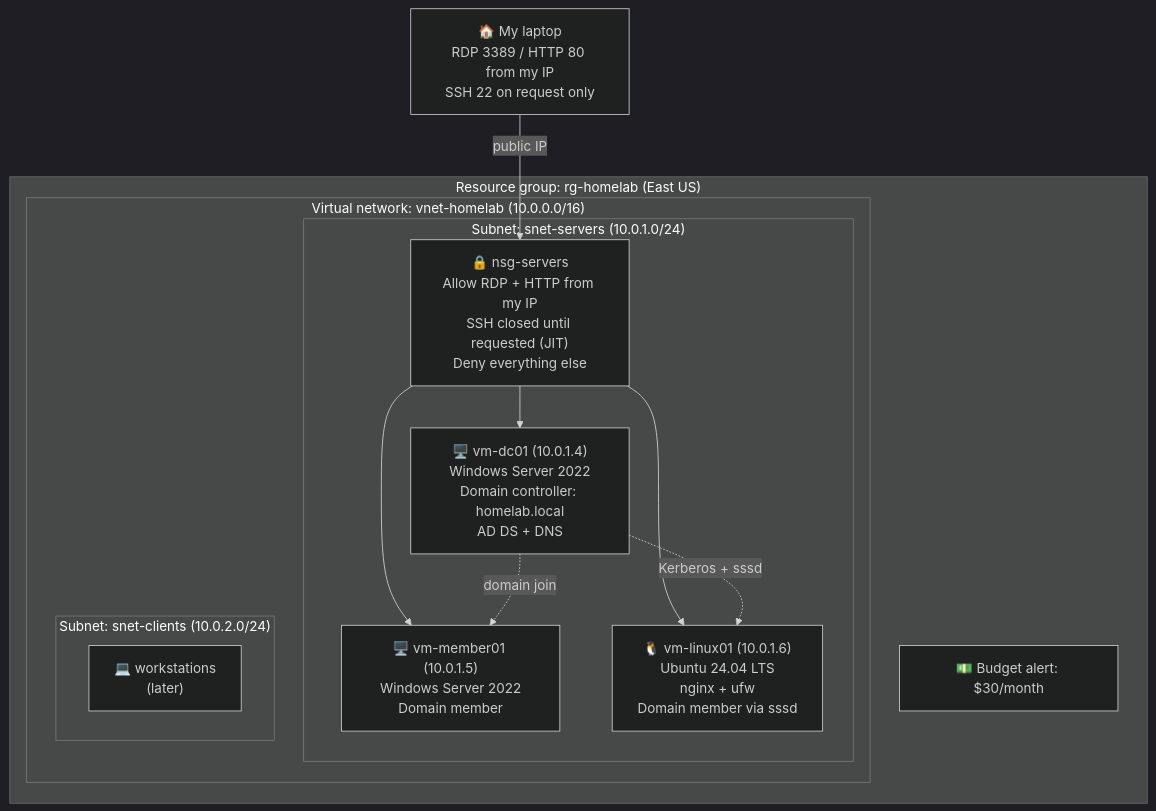
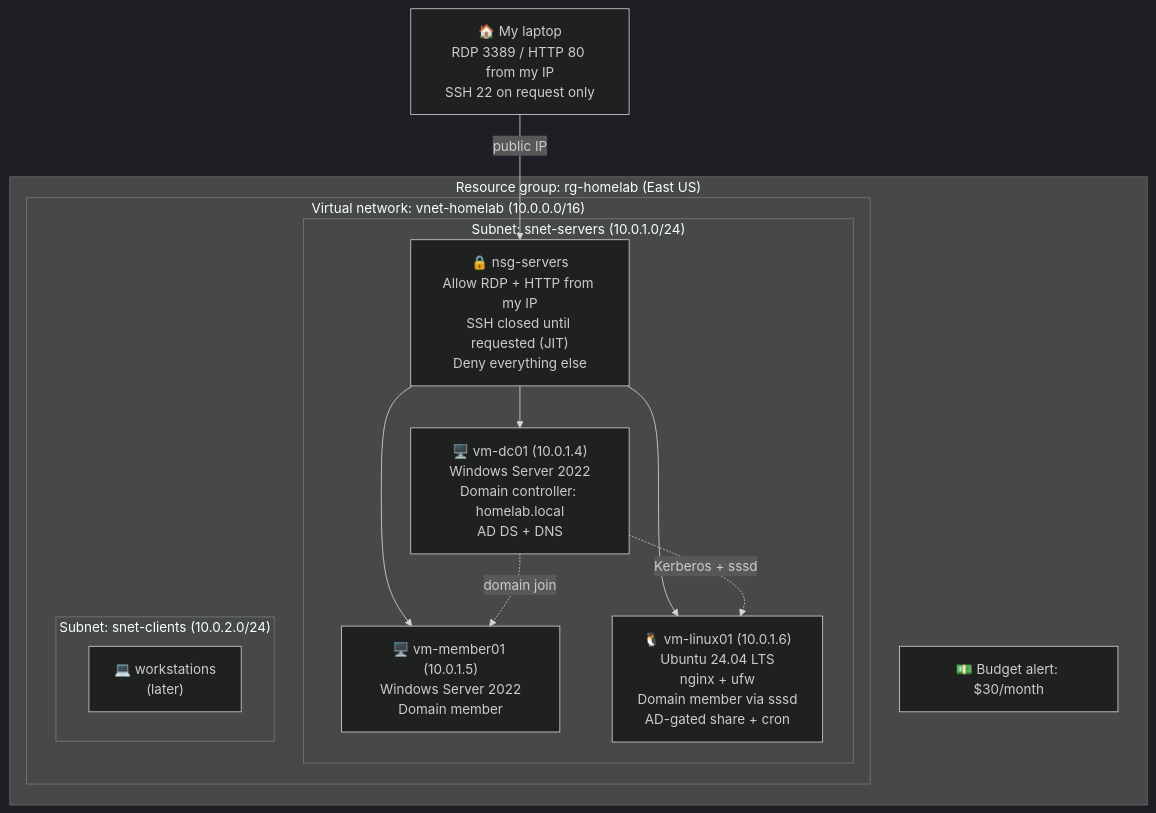
Before and after one commit to KyleG6495/azure-home-lab: the diagram in README.md, drawn with Mermaid (dark theme). The commit also changed other lines of this file, not shown here.

Commit message:
Add permissions and cron step to progress and lessons

````diff
--- a/README.md
+++ b/README.md
@@ -29,24 +30,24 @@
 ```mermaid
 flowchart TB
     Home["🏠 My laptop<br/>RDP 3389 / HTTP 80 from my IP<br/>SSH 22 on request only"]
     subgraph RG["Resource group: rg-homelab (East US)"]
         subgraph VNET["Virtual network: vnet-homelab (10.0.0.0/16)"]
             subgraph SRV["Subnet: snet-servers (10.0.1.0/24)"]
                 NSG["🔒 nsg-servers<br/>Allow RDP + HTTP from my IP<br/>SSH closed until requested (JIT)<br/>Deny everything else"]
                 DC["🖥️ vm-dc01 (10.0.1.4)<br/>Windows Server 2022<br/>Domain controller: homelab.local<br/>AD DS + DNS"]
                 MEM["🖥️ vm-member01 (10.0.1.5)<br/>Windows Server 2022<br/>Domain member"]
-                LNX["🐧 vm-linux01 (10.0.1.6)<br/>Ubuntu 24.04 LTS<br/>nginx + ufw<br/>Domain member via sssd"]
+                LNX["🐧 vm-linux01 (10.0.1.6)<br/>Ubuntu 24.04 LTS<br/>nginx + ufw<br/>Domain member via sssd<br/>AD-gated share + cron"]
             end
             subgraph CLI["Subnet: snet-clients (10.0.2.0/24)"]
                 WS["💻 workstations<br/>(later)"]
             end
         end
         BUDGET["💵 Budget alert: $30/month"]
     end
     Home -->|"public IP"| NSG
     NSG --> DC
     NSG --> MEM
     NSG --> LNX
     DC -. "domain join" .-> MEM
     DC -. "Kerberos + sssd" .-> LNX
 ```
````
